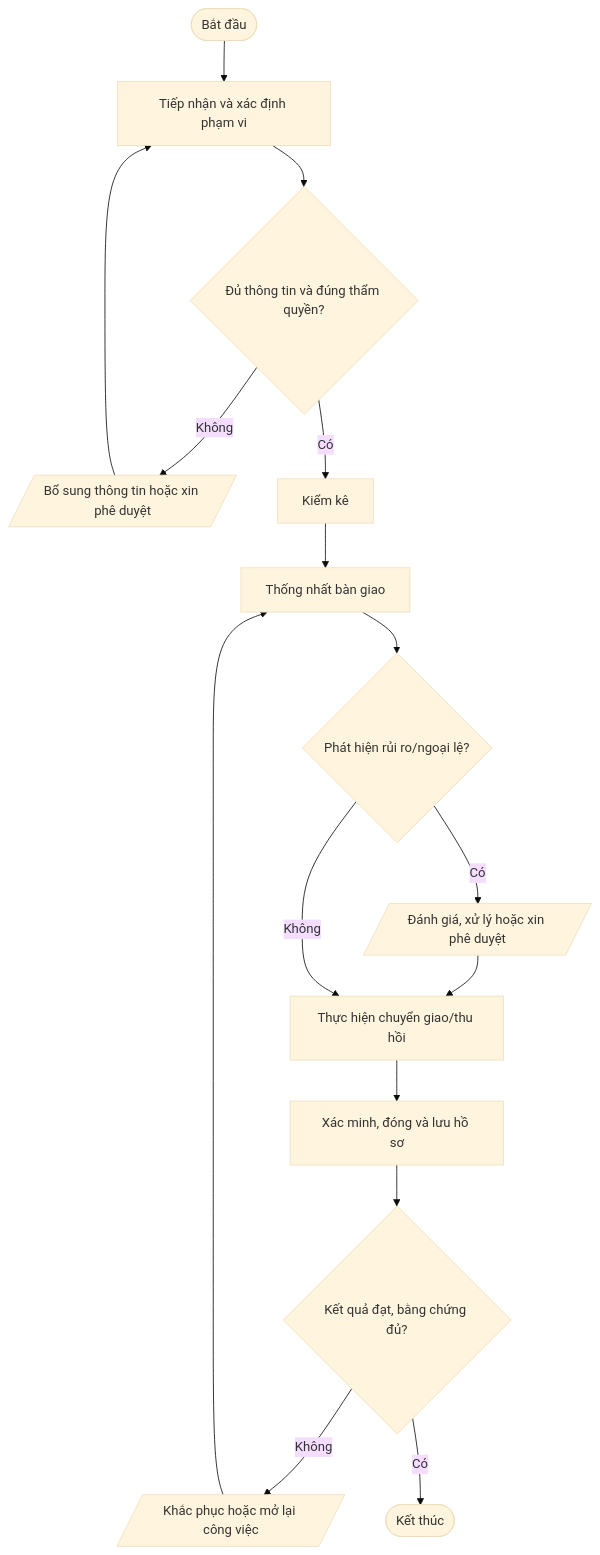
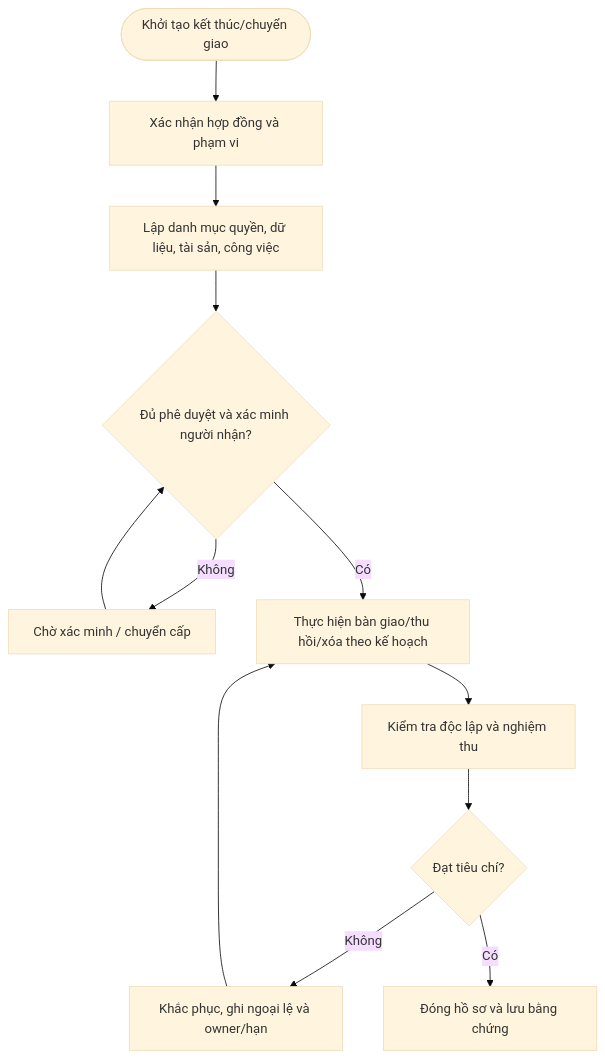
Before and after one commit to daoaigiangnam/Quy_Trinh_Chuan: the diagram in quy-trinh/chi-tiet/QT-CS-01.md, drawn with Mermaid (base theme). The commit also changed other lines of this file, not shown here.

````diff
--- a/quy-trinh/chi-tiet/QT-CS-01.md
+++ b/quy-trinh/chi-tiet/QT-CS-01.md
@@ -31,18 +127,14 @@
 ```mermaid
 flowchart TD
-  A([Bắt đầu]) --> S1["Tiếp nhận và xác định phạm vi"]
-  S1 --> D1{"Đủ thông tin và đúng thẩm quyền?"}
-  D1 -- Không --> F1[/"Bổ sung thông tin hoặc xin phê duyệt"/]
-  F1 --> S1
-  D1 -- Có --> S2["Kiểm kê"]
-  S2 --> S3["Thống nhất bàn giao"]
-  S3 --> D2{"Phát hiện rủi ro/ngoại lệ?"}
-  D2 -- Có --> RISK[/"Đánh giá, xử lý hoặc xin phê duyệt"/]
-  RISK --> S4["Thực hiện chuyển giao/thu hồi"]
-  D2 -- Không --> S4
-  S4 --> S5["Xác minh, đóng và lưu hồ sơ"]
-  S5 --> D3{"Kết quả đạt, bằng chứng đủ?"}
-  D3 -- Không --> R[/"Khắc phục hoặc mở lại công việc"/]
-  R --> S3
-  D3 -- Có --> Z([Kết thúc])
+ A([Khởi tạo kết thúc/chuyển giao]) --> B[Xác nhận hợp đồng và phạm vi]
+ B --> C[Lập danh mục quyền, dữ liệu, tài sản, công việc]
+ C --> D{Đủ phê duyệt và xác minh người nhận?}
+ D -- Không --> E[Chờ xác minh / chuyển cấp]
+ E --> D
+ D -- Có --> F[Thực hiện bàn giao/thu hồi/xóa theo kế hoạch]
+ F --> G[Kiểm tra độc lập và nghiệm thu]
+ G --> H{Đạt tiêu chí?}
+ H -- Không --> I[Khắc phục, ghi ngoại lệ và owner/hạn]
+ I --> F
+ H -- Có --> J[Đóng hồ sơ và lưu bằng chứng]
 ```
````
